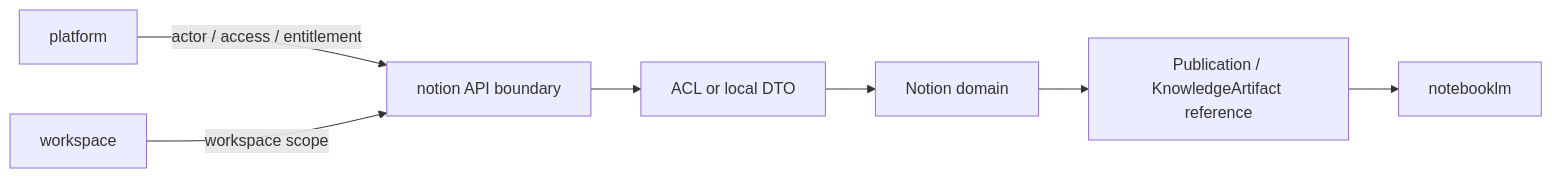
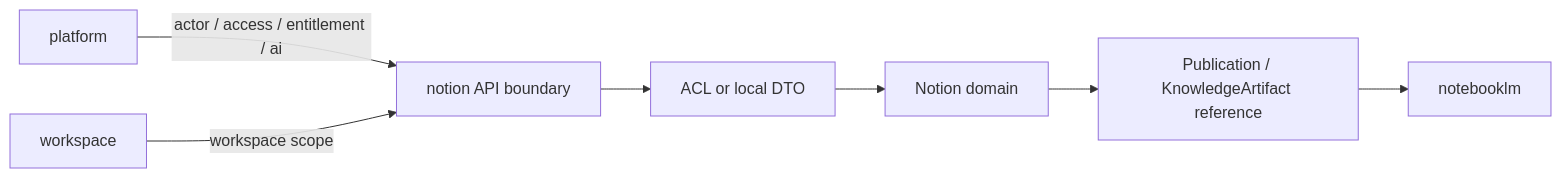
Before and after one commit to 122sp7/xuanwu-app: the second of 2 diagrams in docs/contexts/notion/context-map.md, drawn with Mermaid. The commit also changed other lines of this file and 9 other files, not shown here.

````diff
--- a/docs/contexts/notion/context-map.md
+++ b/docs/contexts/notion/context-map.md
@@ -55,9 +56,9 @@
 ```mermaid
 flowchart LR
-	Platform["platform"] -->|actor / access / entitlement| Boundary["notion API boundary"]
+	Platform["platform"] -->|actor / access / entitlement / ai| Boundary["notion API boundary"]
 	Workspace["workspace"] -->|workspace scope| Boundary
 	Boundary --> ACL["ACL or local DTO"]
 	ACL --> Domain["Notion domain"]
 	Domain --> Publication["Publication / KnowledgeArtifact reference"]
 	Publication --> NotebookLM["notebooklm"]
 ```
````
